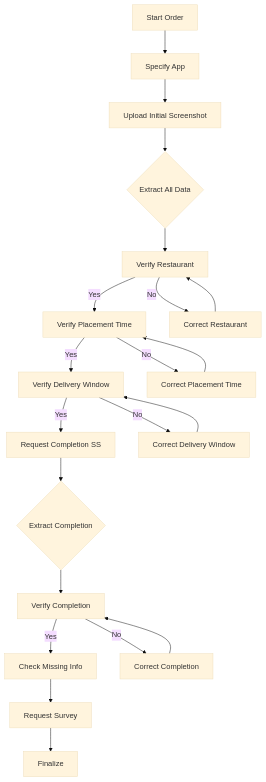
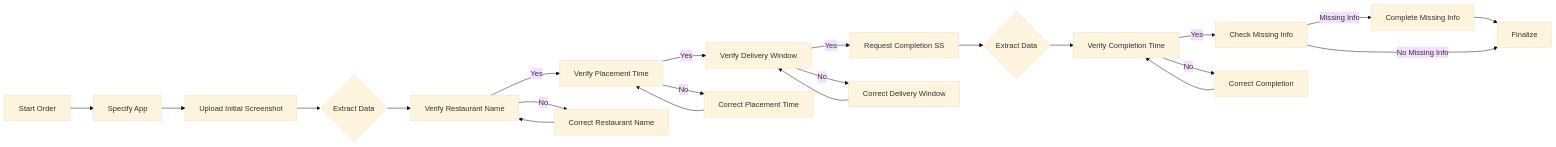
Before and after one commit to V1CT0R1A-L1/snack-n-go: the diagram in workflow.mermaid, drawn with Mermaid (base theme). The commit also changed 1 other file, not shown here.

```diff
--- a/workflow.mermaid
+++ b/workflow.mermaid
@@ -1,21 +1,22 @@
-graph TD
+graph LR
     A[Start Order] --> B[Specify App]
     B --> C[Upload Initial Screenshot]
-    C --> D{Extract All Data}
-    D --> E[Verify Restaurant]
+    C --> D{Extract Data}
+    D --> E[Verify Restaurant Name]
     E -->|Yes| F[Verify Placement Time]
-    E -->|No| G[Correct Restaurant]
+    E -->|No| G[Correct Restaurant Name]
     G --> E
     F -->|Yes| H[Verify Delivery Window]
     F -->|No| I[Correct Placement Time]
     I --> F
     H -->|Yes| J[Request Completion SS]
     H -->|No| K[Correct Delivery Window]
     K --> H
-    J --> L{Extract Completion}
-    L --> M[Verify Completion]
+    J --> L{Extract Data}
+    L --> M[Verify Completion Time]
     M -->|Yes| N[Check Missing Info]
     M -->|No| O[Correct Completion]
     O --> M
-    N --> P[Request Survey]
-    P --> Q[Finalize]
+    N -->|Missing Info| R[Complete Missing Info]
+    R --> Q
+    N -->|No Missing Info| Q[Finalize]
```
